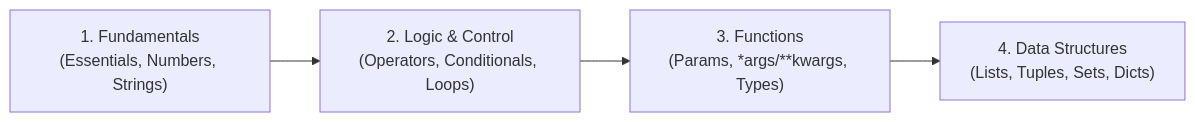
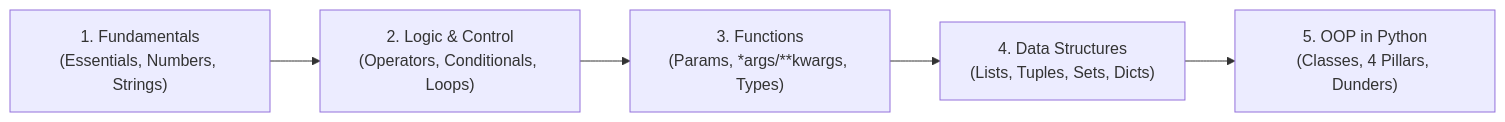
The diagram in docs/python/index.md (tanishkgupta-18/python_resources), drawn with Mermaid before and after one commit. The commit also changed other lines of this file and 14 other files, not shown here.

````diff
--- a/docs/python/index.md
+++ b/docs/python/index.md
@@ -13,6 +13,7 @@
 ```mermaid
 flowchart LR
     A["1. Fundamentals\n(Essentials, Numbers, Strings)"] --> B["2. Logic & Control\n(Operators, Conditionals, Loops)"]
     B --> C["3. Functions\n(Params, *args/**kwargs, Types)"]
     C --> D["4. Data Structures\n(Lists, Tuples, Sets, Dicts)"]
+    D --> E["5. OOP in Python\n(Classes, 4 Pillars, Dunders)"]
 ```
````
